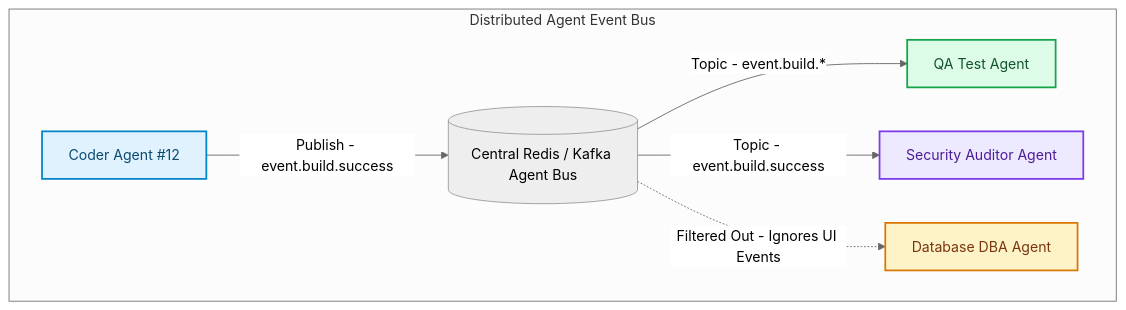
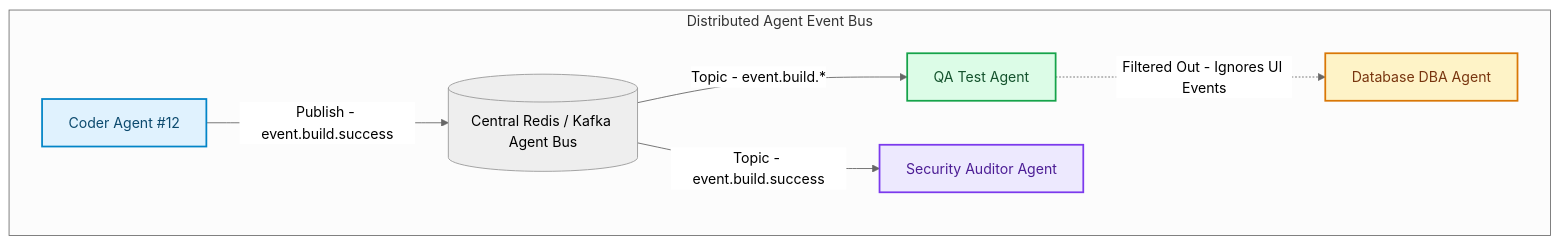
Before and after one commit to akmalkhaniub/akmalkhaniub.github.io: the second of 2 diagrams in blog/posts/skyscraper-elevator-problem-scaling-multi-agent-ipc-context-explosion.md, drawn with Mermaid (neutral theme). The commit also changed other lines of this file and 894 other files, not shown here.

Commit message:
feat(blog): upgrade all 444 posts with unique staggered dates, 2-col Mermaid spines, benchmark tables, code blocks, and trade-offs

````diff
--- a/blog/posts/skyscraper-elevator-problem-scaling-multi-agent-ipc-context-explosion.md
+++ b/blog/posts/skyscraper-elevator-problem-scaling-multi-agent-ipc-context-explosion.md
@@ -107,22 +109,22 @@
 ```mermaid
 flowchart TD
   subgraph SG2_DistributedAgentEvent ["Distributed Agent Event Bus"]
     Bus[(Central Redis / Kafka Agent Bus)]
     
     Publisher["Coder Agent #12"] -->|Publish - event.build.success| Bus
     
     Bus -->|Topic - event.build.*| Sub1["QA Test Agent"]
     Bus -->|Topic - event.build.success| Sub2["Security Auditor Agent"]
-    Bus -.->|Filtered Out - Ignores UI Events| Sub3["Database DBA Agent"]
+    Sub1 -.-> |Filtered Out - Ignores UI Events| Sub3["Database DBA Agent"]
   end
 
 classDef green fill:#dcfce7,stroke:#16a34a,stroke-width:2px,color:#14532d;
 classDef red fill:#fee2e2,stroke:#dc2626,stroke-width:2px,color:#7f1d1d;
 classDef blue fill:#e0f2fe,stroke:#0284c7,stroke-width:2px,color:#0c4a6e;
 classDef yellow fill:#fef3c7,stroke:#d97706,stroke-width:2px,color:#78350f;
 classDef purple fill:#ede9fe,stroke:#7c3aed,stroke-width:2px,color:#4c1d95;
 class Publisher blue
 class Sub1 green
 class Sub2 purple
 class Sub3 yellow
 ```
````
